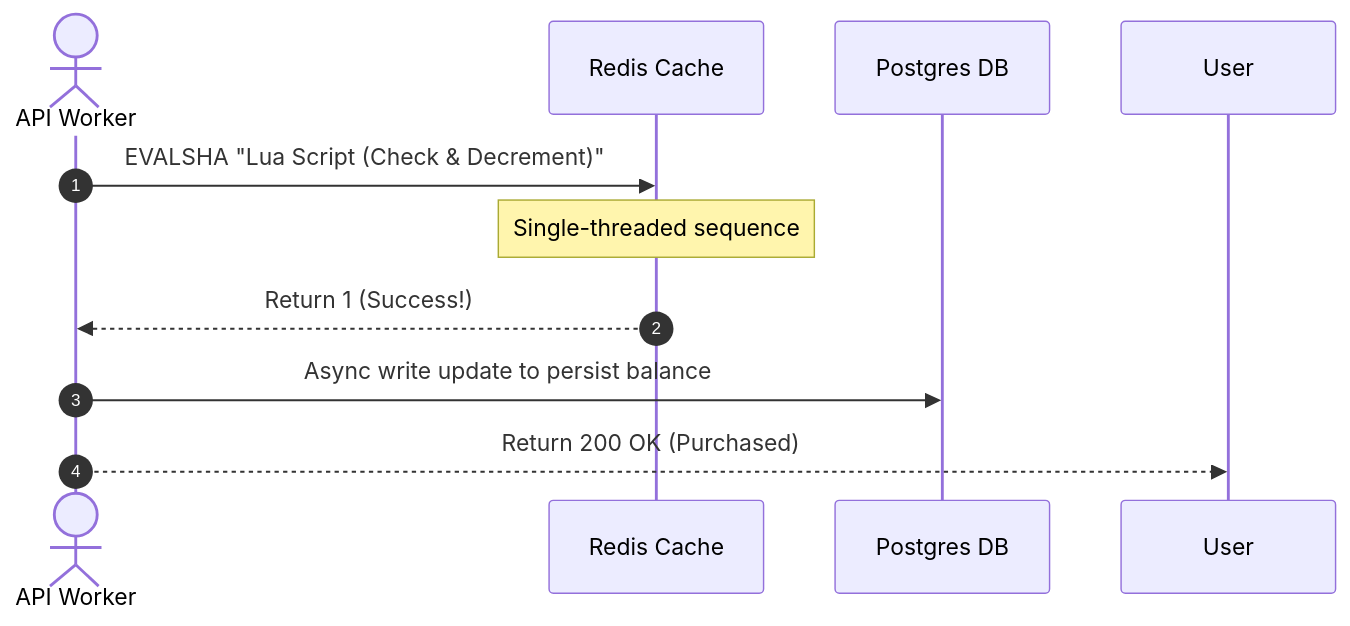
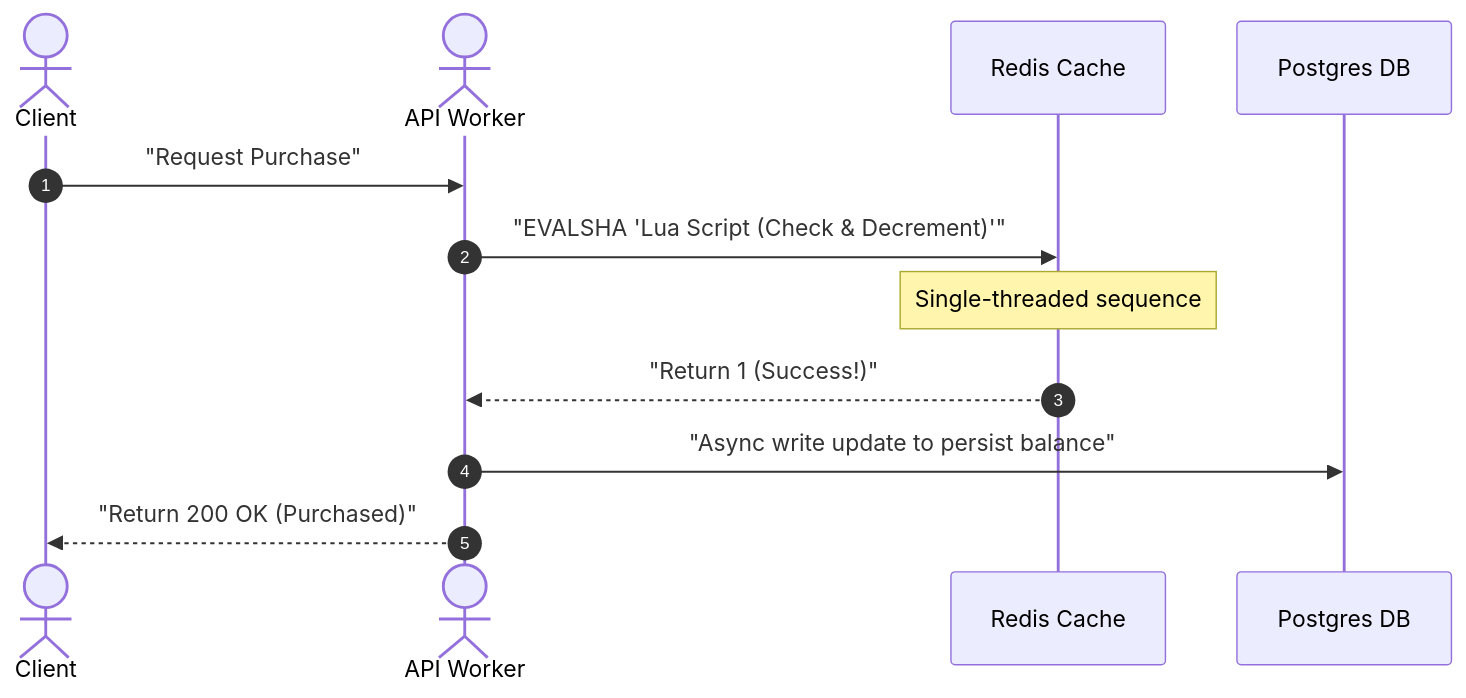
The third of 4 diagrams in Patterns/02_dealing_with_contention.md (weifengcao/deep_system_design), drawn with Mermaid before and after one commit. The commit also changed other lines of this file and 7 other files, not shown here.

First line of the commit message:
fix: resolve Mermaid diagram parsing errors across all pattern files

````diff
--- a/Patterns/02_dealing_with_contention.md
+++ b/Patterns/02_dealing_with_contention.md
@@ -103,13 +103,15 @@
 ```mermaid
 sequenceDiagram
     autonumber
+    actor User as Client
     actor App as API Worker
     participant Redis as Redis Cache
     participant DB as Postgres DB
 
-    App->>Redis: EVALSHA "Lua Script (Check & Decrement)"
+    User->>App: "Request Purchase"
+    App->>Redis: "EVALSHA 'Lua Script (Check & Decrement)'"
     Note over Redis: Single-threaded sequence
-    Redis-->>App: Return 1 (Success!)
-    App->>DB: Async write update to persist balance
-    App-->>User: Return 200 OK (Purchased)
+    Redis-->>App: "Return 1 (Success!)"
+    App->>DB: "Async write update to persist balance"
+    App-->>User: "Return 200 OK (Purchased)"
 ```
````
